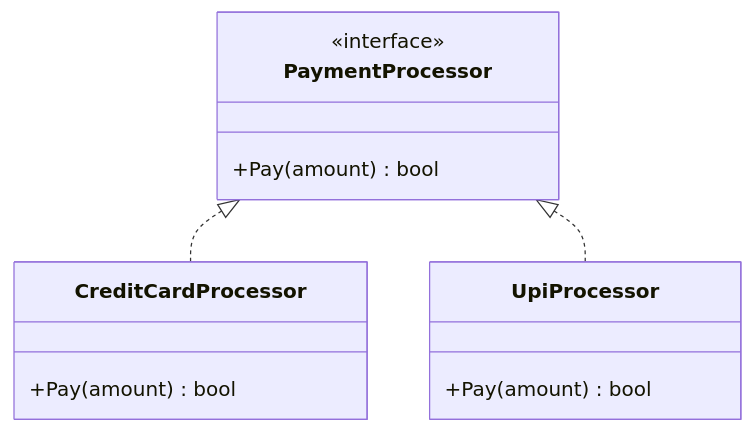
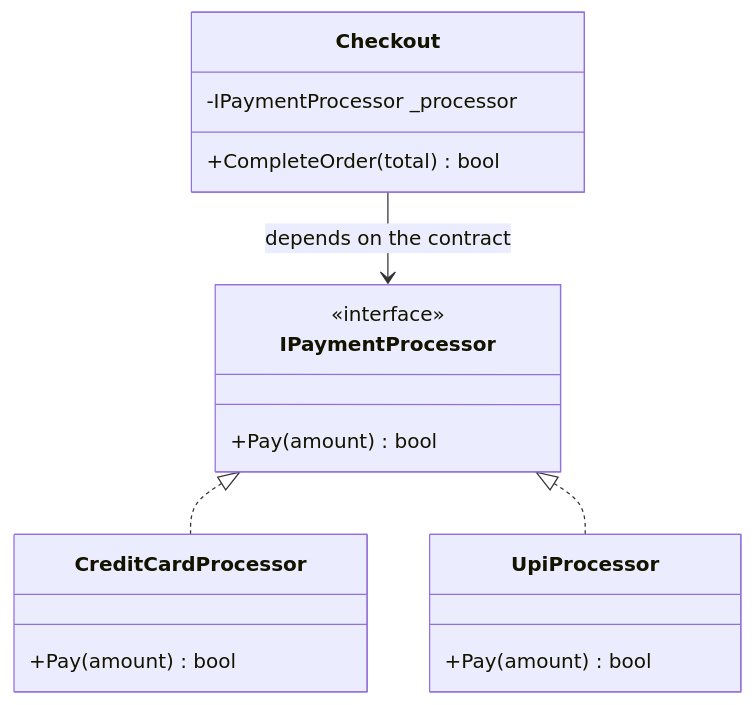
The third of 6 diagrams in 00-Foundations/01-OOP-Basics/notes.md (tushardongre1990/LLD-Claude), drawn with Mermaid before and after one commit. The commit also changed other lines of this file and 9 other files, not shown here.

````diff
--- a/00-Foundations/01-OOP-Basics/notes.md
+++ b/00-Foundations/01-OOP-Basics/notes.md
@@ -79,15 +116,20 @@
 ```mermaid
 classDiagram
-    class PaymentProcessor {
+    class IPaymentProcessor {
         <<interface>>
         +Pay(amount) bool
     }
     class CreditCardProcessor {
         +Pay(amount) bool
     }
     class UpiProcessor {
         +Pay(amount) bool
     }
-    PaymentProcessor <|.. CreditCardProcessor
-    PaymentProcessor <|.. UpiProcessor
+    class Checkout {
+        -IPaymentProcessor _processor
+        +CompleteOrder(total) bool
+    }
+    IPaymentProcessor <|.. CreditCardProcessor
+    IPaymentProcessor <|.. UpiProcessor
+    Checkout --> IPaymentProcessor : depends on the contract
 ```
````
